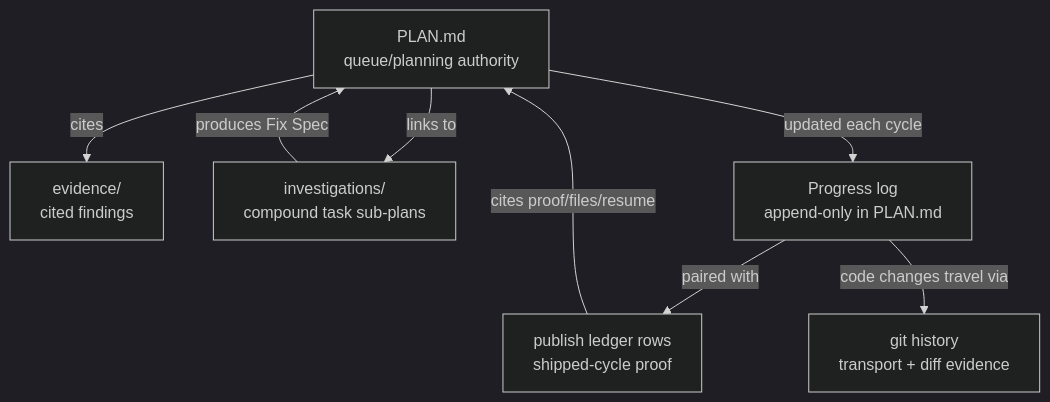
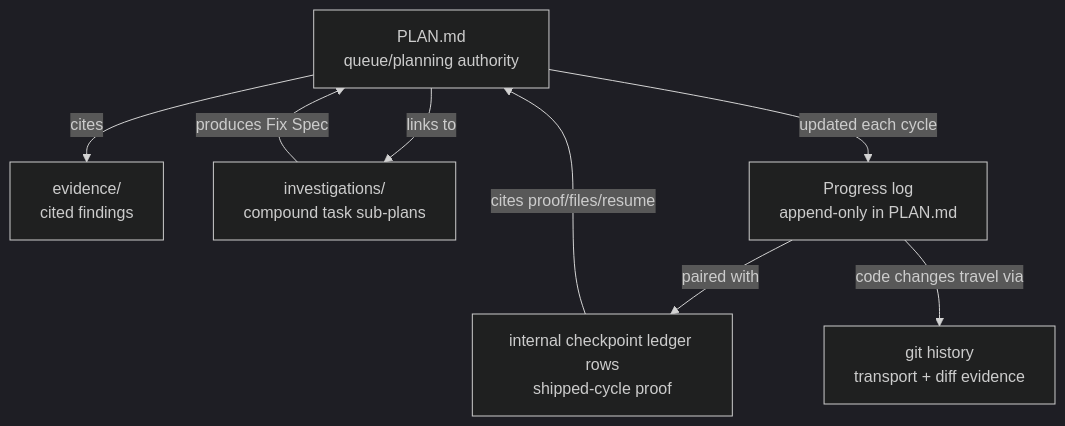
One commit to firstbitelabsllc/shadow changed the second of 2 diagrams in docs/doctrine/ARCHITECTURE.md. Above: the diagram before and after it, drawn with Mermaid (dark theme). The commit also changed other lines of this file and 34 other files, not shown here.

Commit message:
docs: define publish packet as internal checkpoint (#18)

````diff
--- a/docs/doctrine/ARCHITECTURE.md
+++ b/docs/doctrine/ARCHITECTURE.md
@@ -107,17 +107,17 @@
 ```mermaid
 flowchart TD
     PLAN[PLAN.md<br/>queue/planning authority]
-    LEDGER[publish ledger rows<br/>shipped-cycle proof]
+    LEDGER[internal checkpoint ledger rows<br/>shipped-cycle proof]
     EV[evidence/<br/>cited findings]
     INV[investigations/<br/>compound task sub-plans]
     PROG[Progress log<br/>append-only in PLAN.md]
     GIT[git history<br/>transport + diff evidence]
 
     PLAN -->|cites| EV
     PLAN -->|links to| INV
     INV -->|produces Fix Spec| PLAN
     PLAN -->|updated each cycle| PROG
     PROG -->|paired with| LEDGER
     LEDGER -->|cites proof/files/resume| PLAN
     PROG -->|code changes travel via| GIT
 ```
````
